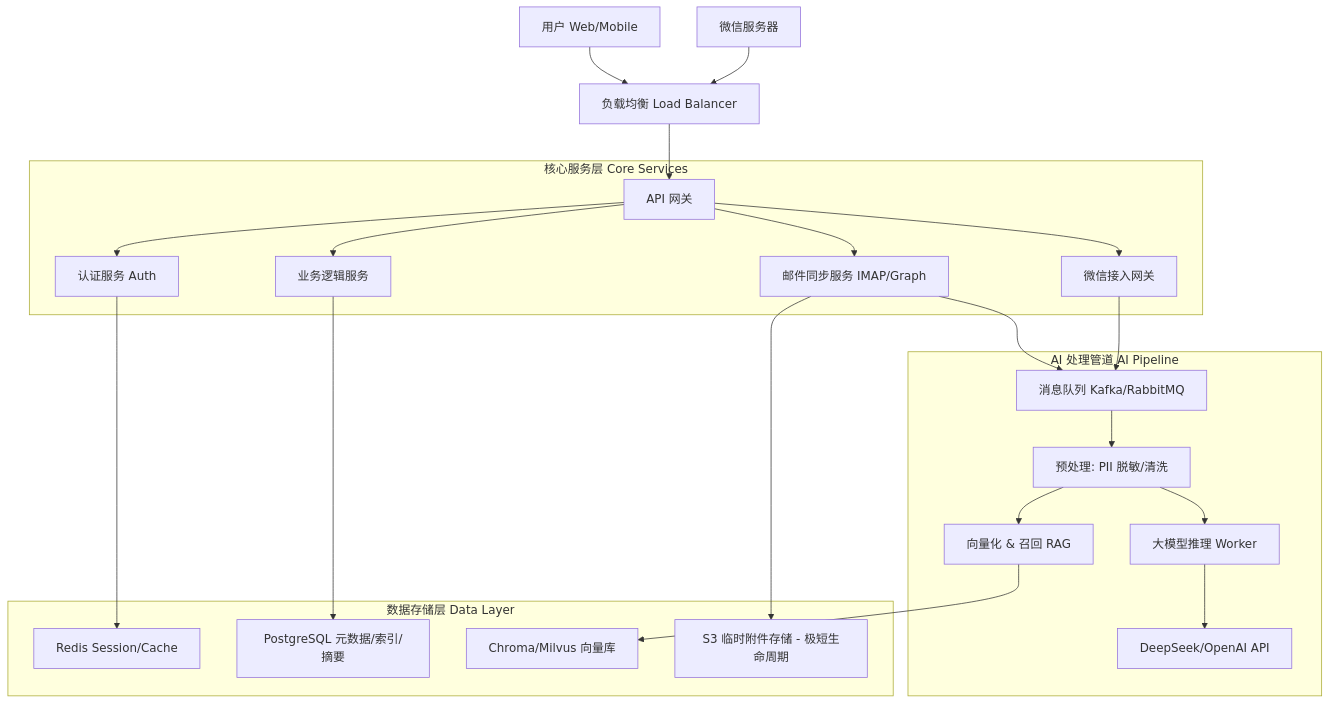
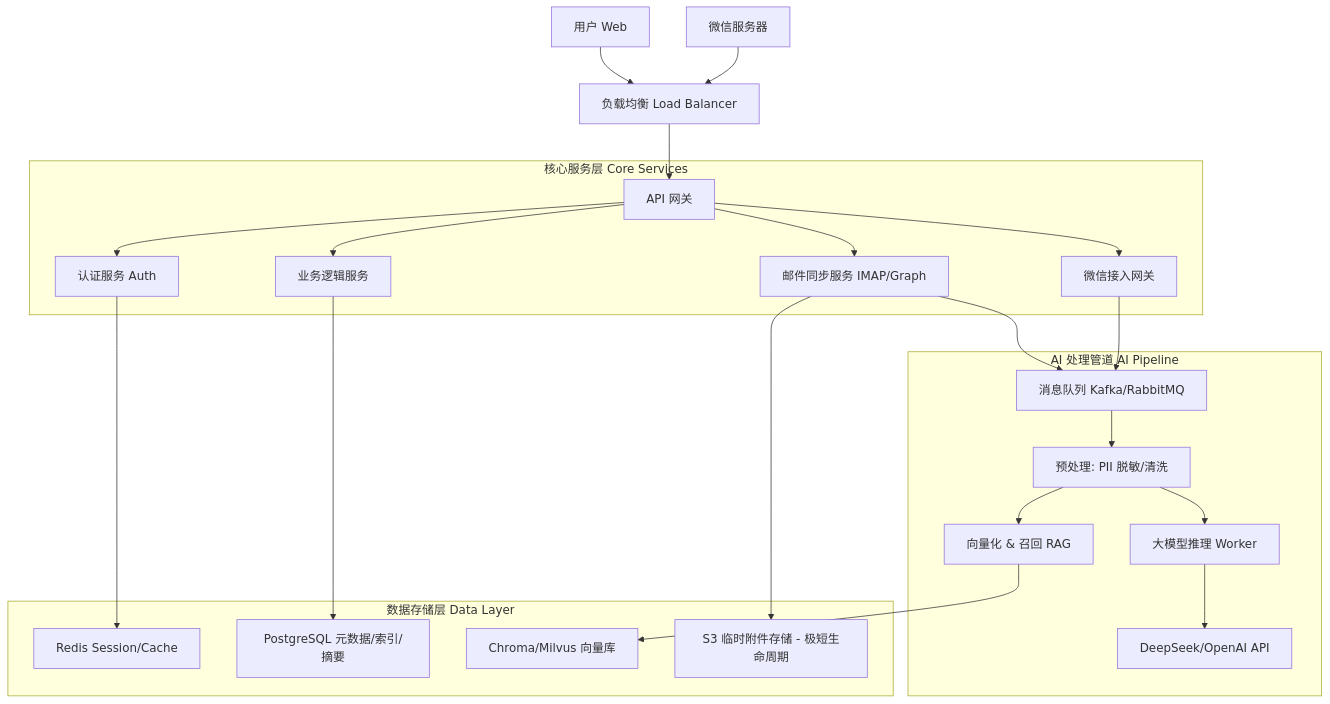
The diagram in docs/product-design.md (hrygo/echomind), drawn with Mermaid before and after one commit. The commit also changed other lines of this file and 34 other files, not shown here.

````diff
--- a/docs/product-design.md
+++ b/docs/product-design.md
@@ -7,29 +7,29 @@
 ```mermaid
 graph TD
-    User[用户 Web/Mobile] --> LB[负载均衡 Load Balancer]
+    User[用户 Web] --> LB[负载均衡 Load Balancer]
     WeChat[微信服务器] --> LB
     LB --> API_Gateway[API 网关]
 
     subgraph 核心服务层 Core Services
         API_Gateway --> Auth_Svc[认证服务 Auth]
         API_Gateway --> Mail_Sync_Svc[邮件同步服务 IMAP/Graph]
         API_Gateway --> WeChat_Gateway[微信接入网关]
         API_Gateway --> Biz_Logic[业务逻辑服务]
     end
 
     subgraph AI 处理管道 AI Pipeline
         Mail_Sync_Svc --> Task_Queue[消息队列 Kafka/RabbitMQ]
         WeChat_Gateway --> Task_Queue
         Task_Queue --> Pre_Process[预处理: PII 脱敏/清洗]
         Pre_Process --> Vector_Engine[向量化 & 召回 RAG]
         Pre_Process --> LLM_Worker[大模型推理 Worker]
         LLM_Worker --> DeepSeek_API[DeepSeek/OpenAI API]
     end
 
     subgraph 数据存储层 Data Layer
         Auth_Svc --> Redis_Session[Redis Session/Cache]
         Biz_Logic --> DB_Meta[PostgreSQL 元数据/索引/摘要]
         Vector_Engine --> Vector_DB[Chroma/Milvus 向量库]
         Mail_Sync_Svc --> Object_Store[S3 临时附件存储 - 极短生命周期]
     end
 ```
````
